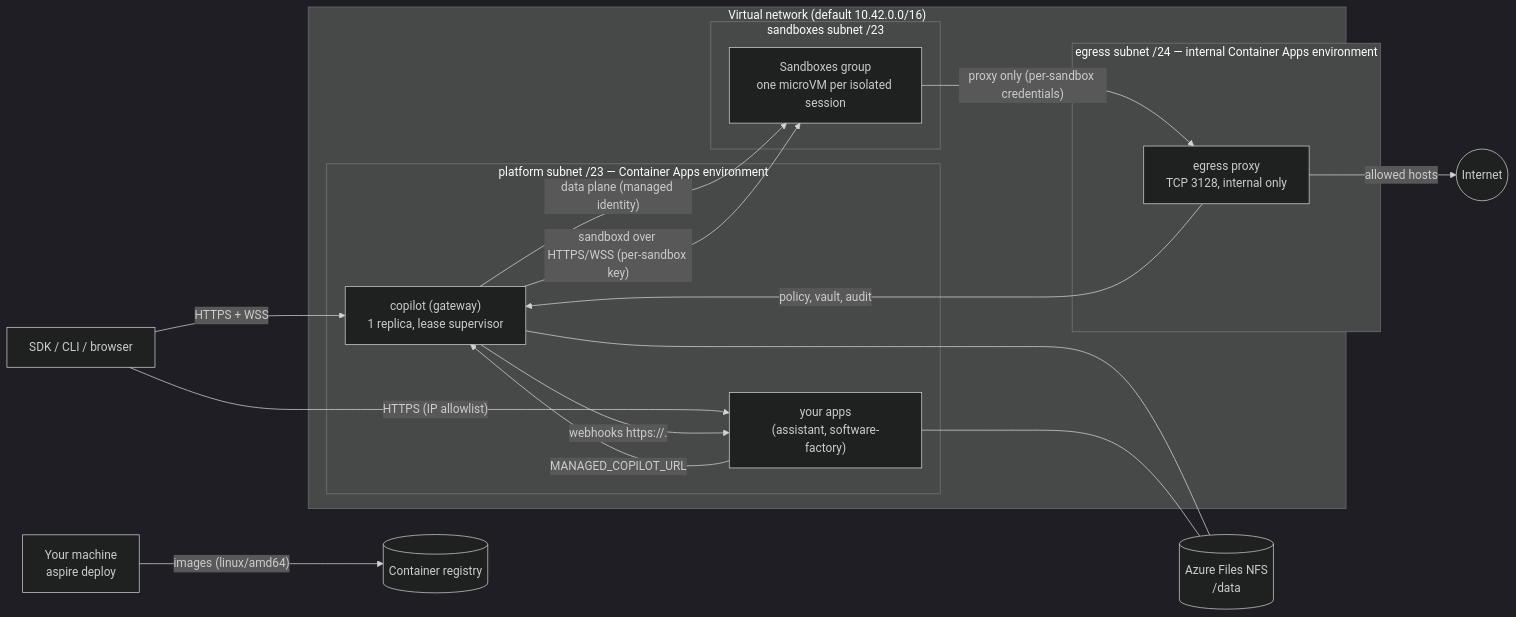
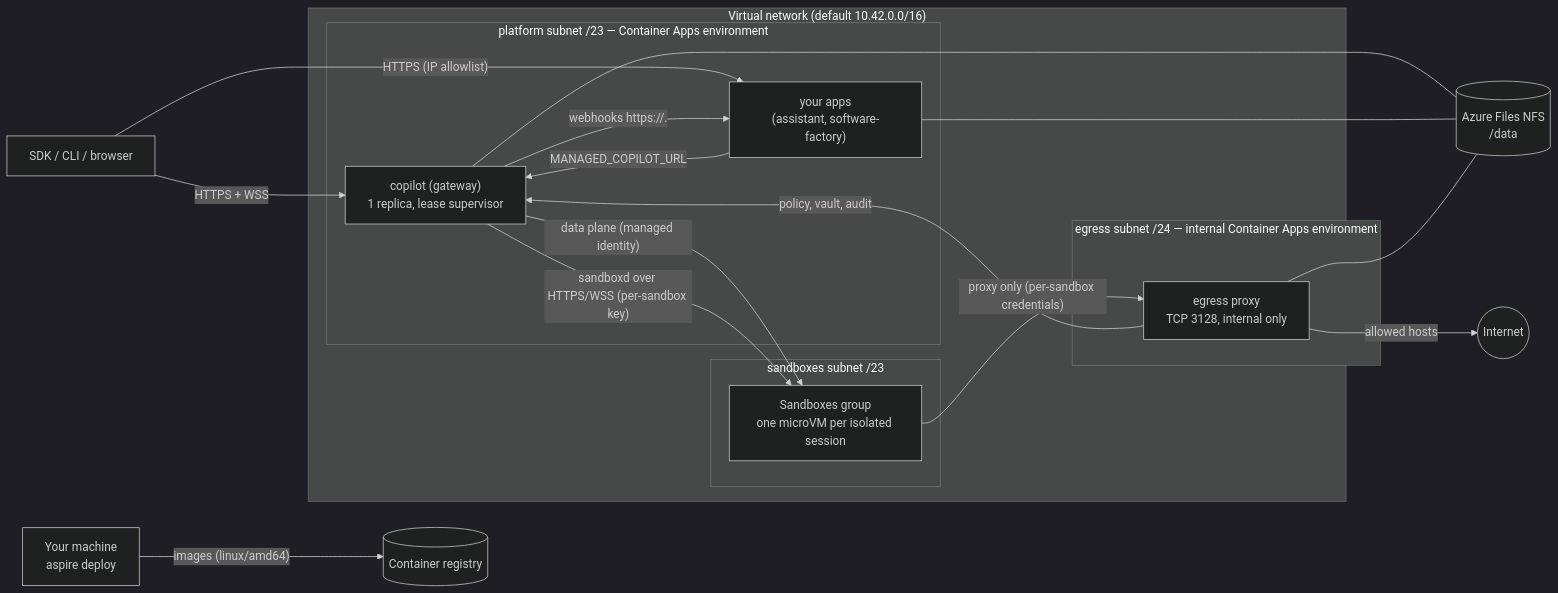
Before and after one commit to patniko/managed-copilot-sdk: the diagram in docs/deployment.md, drawn with Mermaid (dark theme). The commit also changed other lines of this file and 2 other files, not shown here.

````diff
--- a/docs/deployment.md
+++ b/docs/deployment.md
@@ -17,29 +18,30 @@
 ```mermaid
 flowchart LR
   Dev["Your machine<br/>aspire deploy"] -- "images (linux/amd64)" --> ACR[(Container registry)]
   subgraph VNet["Virtual network (default 10.42.0.0/16)"]
     subgraph Platform["platform subnet /23 — Container Apps environment"]
       GW["copilot (gateway)<br/>1 replica, lease supervisor"]
       Apps["your apps<br/>(assistant, software-factory)"]
     end
     subgraph EgressNet["egress subnet /24 — internal Container Apps environment"]
       EP["egress proxy<br/>TCP 3128, internal only"]
     end
     subgraph SbxNet["sandboxes subnet /23"]
       SG["Sandboxes group<br/>one microVM per isolated session"]
     end
   end
   NFS[("Azure Files NFS<br/>/data")]
   Net((Internet))
   Client["SDK / CLI / browser"] -- "HTTPS + WSS" --> GW
   Client -- "HTTPS (IP allowlist)" --> Apps
   Apps -- "MANAGED_COPILOT_URL" --> GW
   GW -- "webhooks https://<app>.<domain>" --> Apps
   GW -- "data plane (managed identity)" --> SG
   GW -- "sandboxd over HTTPS/WSS (per-sandbox key)" --> SG
   SG -- "proxy only (per-sandbox credentials)" --> EP
   EP -- "policy, vault, audit" --> GW
   EP -- "allowed hosts" --> Net
   GW --- NFS
   Apps --- NFS
+  EP --- NFS
 ```
````
